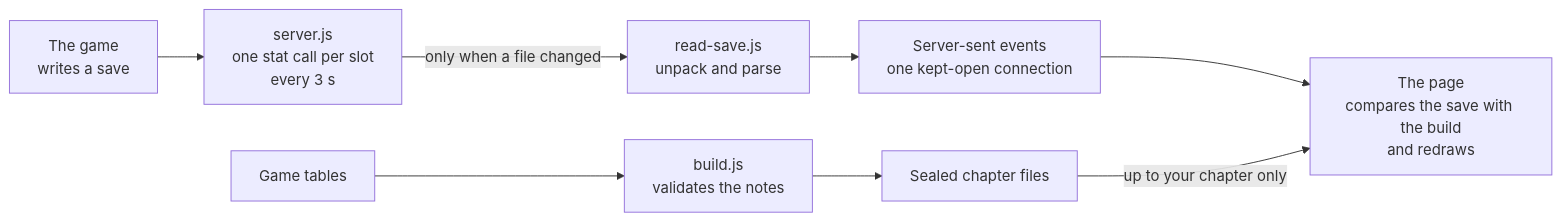
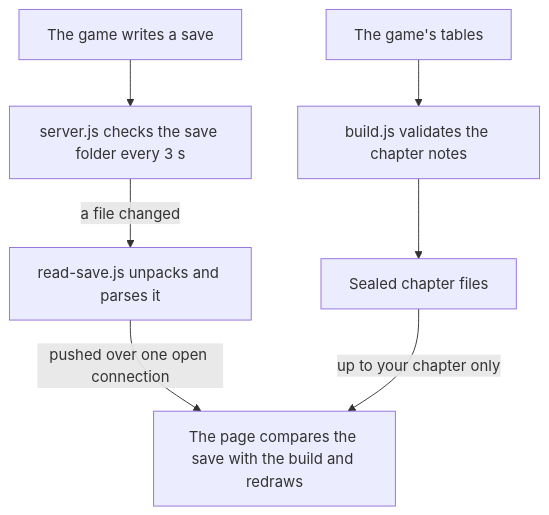
Before and after one commit to ldallacqua/trails-sky-2nd-build: the diagram in README.md, drawn with Mermaid.

Commit message:
README: make the live-mode diagram readable

````diff
--- a/README.md
+++ b/README.md
@@ -78,10 +78,9 @@
 ```mermaid
-flowchart LR
-    G["The game<br>writes a save"] --> S["server.js<br>one stat call per slot<br>every 3 s"]
-    S -- "only when a file changed" --> R["read-save.js<br>unpack and parse"]
-    R --> E["Server-sent events<br>one kept-open connection"]
-    E --> P["The page<br>compares the save with the build<br>and redraws"]
-    T["Game tables"] --> B["build.js<br>validates the notes"]
+flowchart TD
+    G["The game writes a save"] --> S["server.js checks the save folder every 3 s"]
+    S -- "a file changed" --> R["read-save.js unpacks and parses it"]
+    R -- "pushed over one open connection" --> P["The page compares the save with the build and redraws"]
+    T["The game's tables"] --> B["build.js validates the chapter notes"]
     B --> C["Sealed chapter files"]
     C -- "up to your chapter only" --> P
 ```
````
